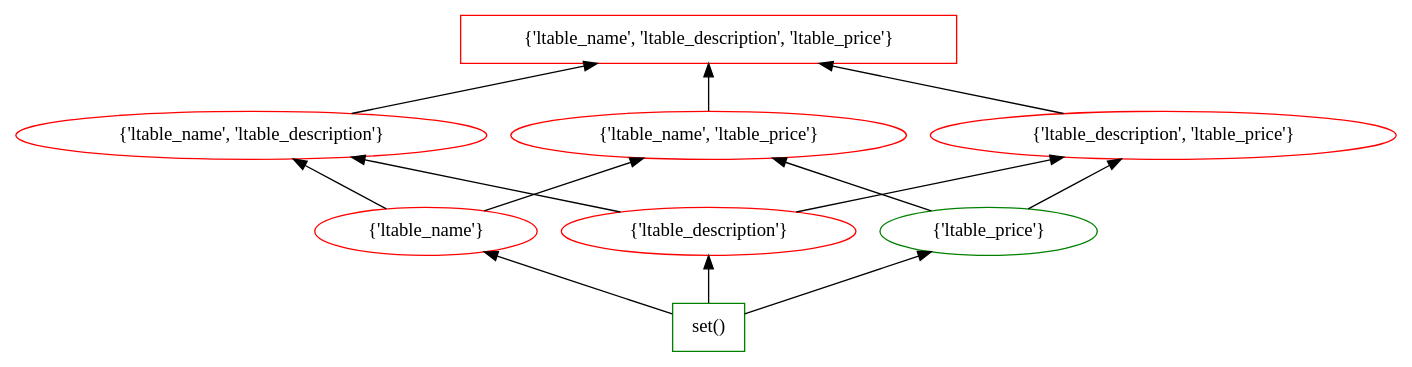
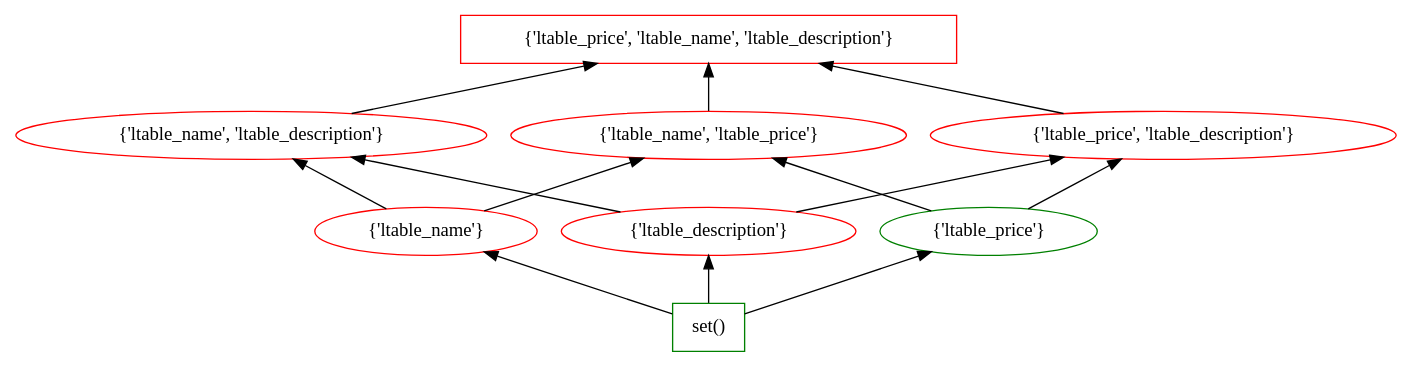
The diagram in data_new/AB/Ditto/0/lattice_4.dot (tteofili/certem), drawn with Graphviz before and after one commit. The commit also changed 1253 other files, not shown here.

```diff
--- a/data_new/AB/Ditto/0/lattice_4.dot
+++ b/data_new/AB/Ditto/0/lattice_4.dot
@@ -1,26 +1,26 @@
 digraph G {
 splines="line"
 rankdir=BT
-"{'ltable_name', 'ltable_description', 'ltable_price'}" [shape=box];
+"{'ltable_price', 'ltable_name', 'ltable_description'}" [shape=box];
 "set()" [shape=box];
 "set()" [color=green];
 "set()" -> "{'ltable_name'}";
 "set()" -> "{'ltable_description'}";
 "set()" -> "{'ltable_price'}";
 "{'ltable_name'}" [color=red];
 "{'ltable_name'}" -> "{'ltable_name', 'ltable_description'}";
 "{'ltable_name'}" -> "{'ltable_name', 'ltable_price'}";
 "{'ltable_description'}" [color=red];
 "{'ltable_description'}" -> "{'ltable_name', 'ltable_description'}";
-"{'ltable_description'}" -> "{'ltable_description', 'ltable_price'}";
+"{'ltable_description'}" -> "{'ltable_price', 'ltable_description'}";
 "{'ltable_price'}" [color=green];
 "{'ltable_price'}" -> "{'ltable_name', 'ltable_price'}";
-"{'ltable_price'}" -> "{'ltable_description', 'ltable_price'}";
+"{'ltable_price'}" -> "{'ltable_price', 'ltable_description'}";
 "{'ltable_name', 'ltable_description'}" [color=red];
-"{'ltable_name', 'ltable_description'}" -> "{'ltable_name', 'ltable_description', 'ltable_price'}";
+"{'ltable_name', 'ltable_description'}" -> "{'ltable_price', 'ltable_name', 'ltable_description'}";
 "{'ltable_name', 'ltable_price'}" [color=red];
-"{'ltable_name', 'ltable_price'}" -> "{'ltable_name', 'ltable_description', 'ltable_price'}";
-"{'ltable_description', 'ltable_price'}" [color=red];
-"{'ltable_description', 'ltable_price'}" -> "{'ltable_name', 'ltable_description', 'ltable_price'}";
-"{'ltable_name', 'ltable_description', 'ltable_price'}" [color=red];
+"{'ltable_name', 'ltable_price'}" -> "{'ltable_price', 'ltable_name', 'ltable_description'}";
+"{'ltable_price', 'ltable_description'}" [color=red];
+"{'ltable_price', 'ltable_description'}" -> "{'ltable_price', 'ltable_name', 'ltable_description'}";
+"{'ltable_price', 'ltable_name', 'ltable_description'}" [color=red];
 }
```
